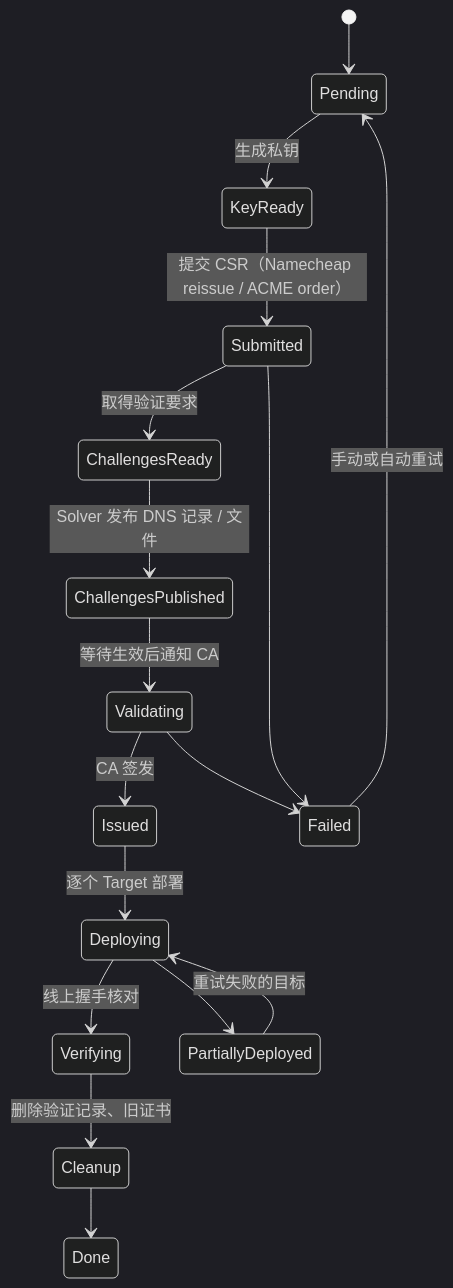
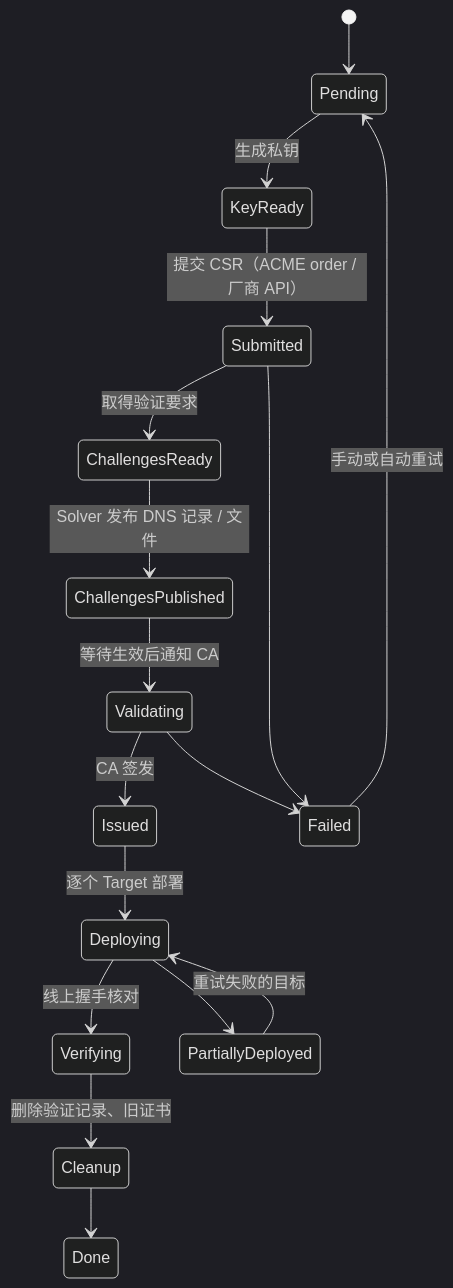
The second of 2 diagrams in PLAN.md (XMZO/JustEnoughCerts), drawn with Mermaid (dark theme) before and after one commit. The commit also changed other lines of this file, not shown here.

Commit message:
docs: position as a generic panel centered on ACME + EAB

````diff
--- a/PLAN.md
+++ b/PLAN.md
@@ -147,19 +155,19 @@
 ```mermaid
 stateDiagram-v2
   [*] --> Pending
   Pending --> KeyReady: 生成私钥
-  KeyReady --> Submitted: 提交 CSR（Namecheap reissue / ACME order）
+  KeyReady --> Submitted: 提交 CSR（ACME order / 厂商 API）
   Submitted --> ChallengesReady: 取得验证要求
   ChallengesReady --> ChallengesPublished: Solver 发布 DNS 记录 / 文件
   ChallengesPublished --> Validating: 等待生效后通知 CA
   Validating --> Issued: CA 签发
   Issued --> Deploying: 逐个 Target 部署
   Deploying --> Verifying: 线上握手核对
   Verifying --> Cleanup: 删除验证记录、旧证书
   Cleanup --> Done
   Submitted --> Failed
   Validating --> Failed
   Deploying --> PartiallyDeployed
   PartiallyDeployed --> Deploying: 重试失败的目标
   Failed --> Pending: 手动或自动重试
 ```
````
